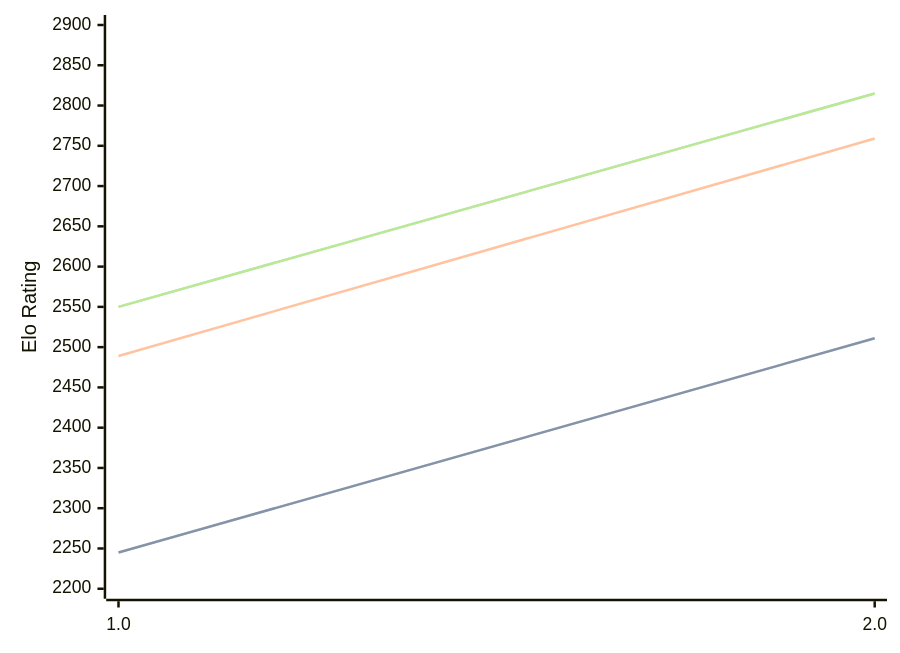
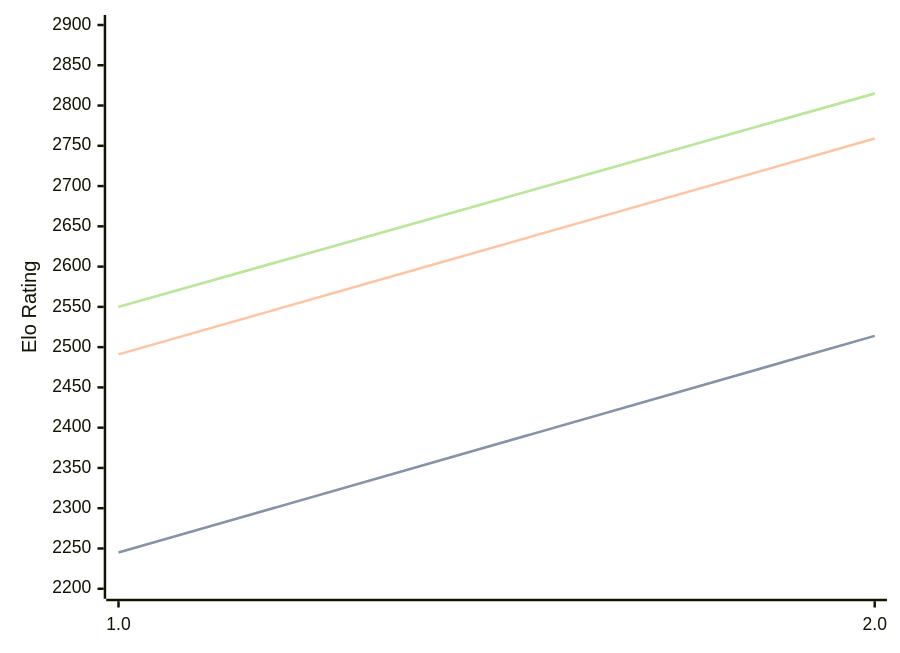
The diagram in engines/Revolver.md (computer-chess-index/cci), drawn with Mermaid before and after one commit. The commit also changed other lines of this file, not shown here.

````diff
--- a/engines/Revolver.md
+++ b/engines/Revolver.md
@@ -32,11 +32,11 @@
 ```mermaid
 %%{init: {"theme":"base","themeVariables":{"seriesColors:['#a3a3a3','#222221','#faa371']}}}%%
 xychart-beta
   x-axis ["1.0", "2.0"]
   y-axis "Elo Rating" 2200 --> 2900
-  line "STC (8.0+0.08s)" [2245, 2511]
-  line "STC (8.0+0.08s)" [2245, 2511]
-  line "LTC (60.0+0.60s)" [2489, 2759]
+  line "STC (8.0+0.08s)" [2245, 2514]
+  line "STC (8.0+0.08s)" [2245, 2514]
+  line "LTC (60.0+0.60s)" [2491, 2759]
   line "VLTC (2m24s+1.12s)" [2550, 2815]
   line "VLTC (2m24s+1.12s)" [2550, 2815]
 ```
````
